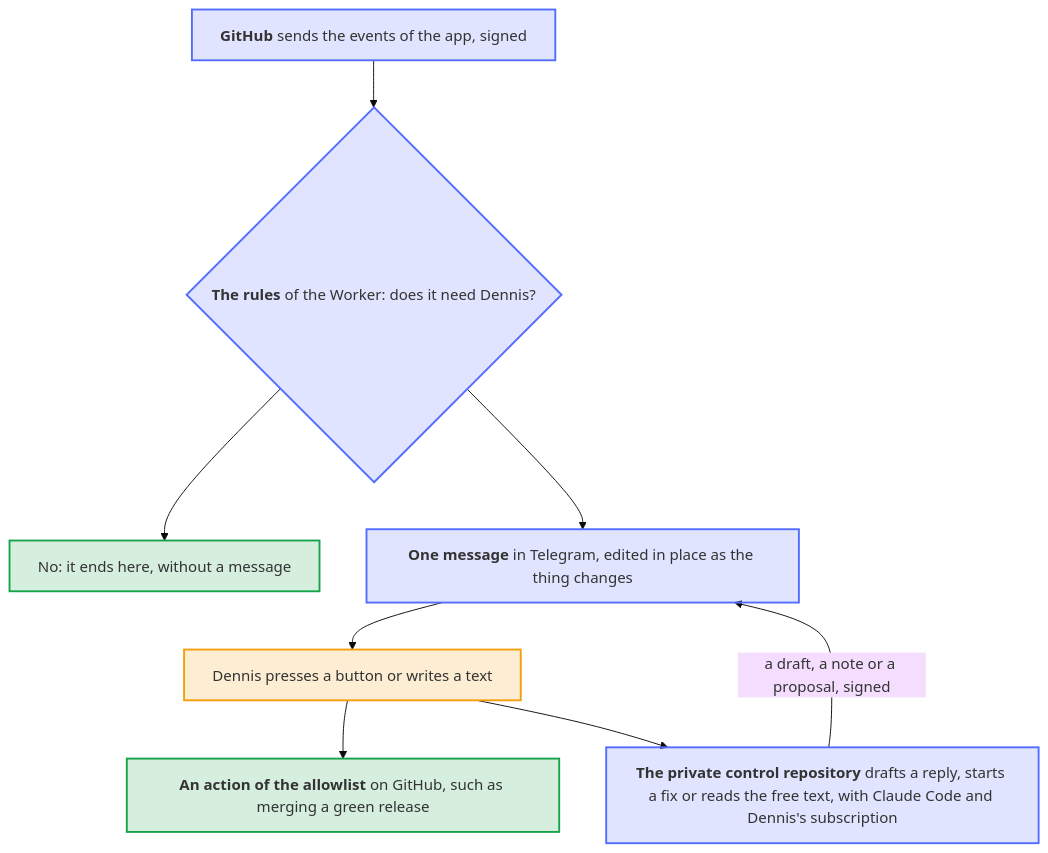
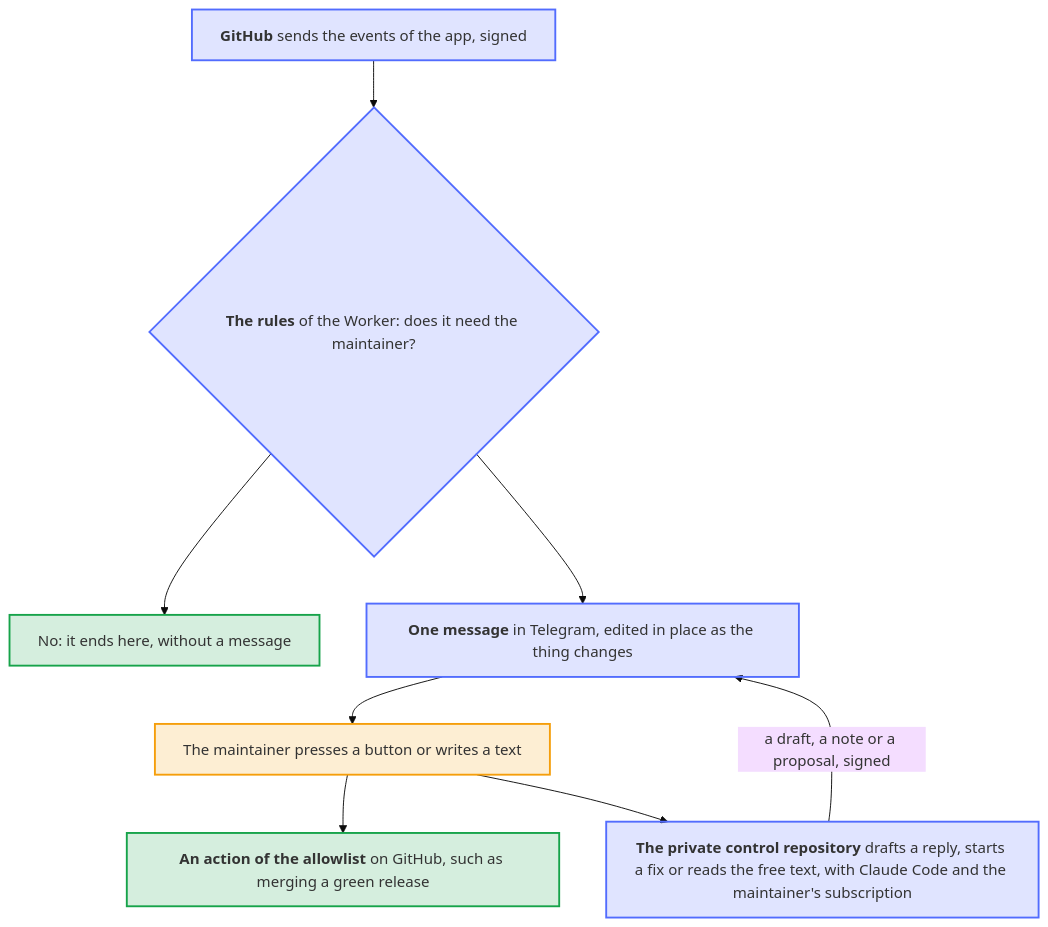
One commit to Dennis-Otto/dennis-otto-pager changed the diagram in docs/diagrams/how-the-pager-works.mmd. Above: the diagram before and after it, drawn with Mermaid (base theme). The commit also changed 146 other files, not shown here.

First line of the commit message:
feat: Dennis Otto Pager is now Repo Pager, a pager that anyone runs for their own repositories (#110)

```diff
--- a/docs/diagrams/how-the-pager-works.mmd
+++ b/docs/diagrams/how-the-pager-works.mmd
@@ -1,30 +1,30 @@
 ---
 config:
   flowchart:
     wrappingWidth: 400
 ---
 flowchart TB
     accTitle: How the pager works
-    accDescr: GitHub sends the events of the GitHub App to the Worker on Cloudflare, signed with the secret of its webhook. The rules decide what needs Dennis; everything else ends there. What counts becomes one message in Telegram, edited in place as it changes, with buttons. A button runs an action of the allowlist on GitHub, such as merging a green release. Drafts, fixes and free text go to the workflow of the private control repository, which runs Claude Code with Dennis's subscription and sends its answer back, signed, as a draft, a note or a proposal that a button has to approve.
+    accDescr: GitHub sends the events of the GitHub App to the Worker on Cloudflare, signed with the secret of its webhook. The rules decide what needs the maintainer; everything else ends there. What counts becomes one message in Telegram, edited in place as it changes, with buttons. A button runs an action of the allowlist on GitHub, such as merging a green release. Drafts, fixes and free text go to the workflow of the private control repository, which runs Claude Code with the maintainer's subscription and sends its answer back, signed, as a draft, a note or a proposal that a button has to approve.
 
     github["`**GitHub** sends the events of the app, signed`"]
-    rules{"`**The rules** of the Worker: does it need Dennis?`"}
+    rules{"`**The rules** of the Worker: does it need the maintainer?`"}
     quiet["`No: it ends here, without a message`"]
     message["`**One message** in Telegram, edited in place as the thing changes`"]
-    dennis["Dennis presses a button or writes a text"]
+    dennis["The maintainer presses a button or writes a text"]
     action["`**An action of the allowlist** on GitHub, such as merging a green release`"]
-    control["`**The private control repository** drafts a reply, starts a fix or reads the free text, with Claude Code and Dennis's subscription`"]
+    control["`**The private control repository** drafts a reply, starts a fix or reads the free text, with Claude Code and the maintainer's subscription`"]
 
     github --> rules
     rules --> quiet
     rules --> message --> dennis
     dennis --> action
     dennis --> control
     control -- "a draft, a note or a proposal, signed" --> message
 
     classDef you fill:#f59e0b2e,stroke:#f59e0b,stroke-width:2px
     classDef bot fill:#526cfe2e,stroke:#526cfe,stroke-width:2px
     classDef done fill:#16a34a2e,stroke:#16a34a,stroke-width:2px
     class dennis you
     class github,rules,message,control bot
     class quiet,action done
```
